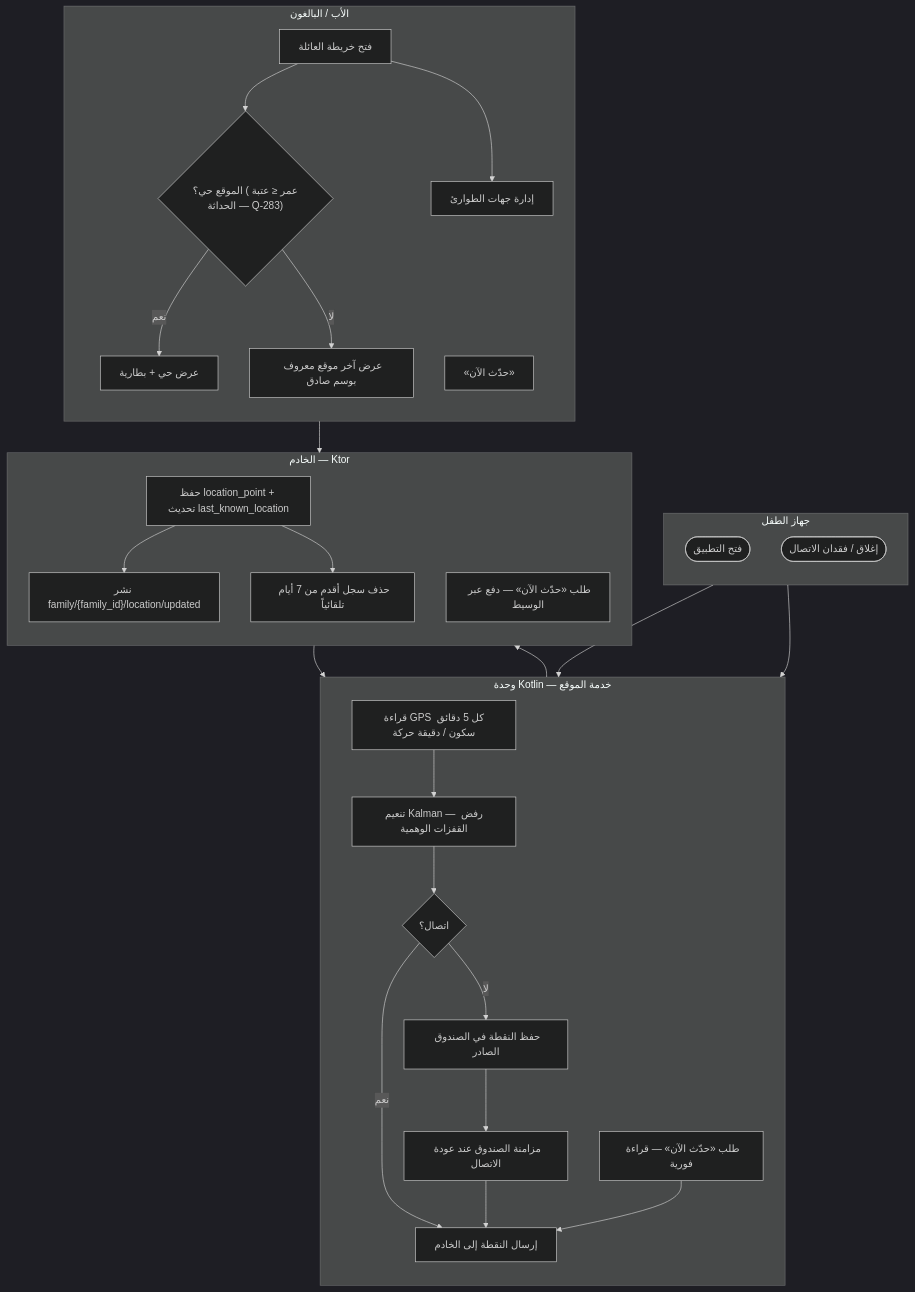
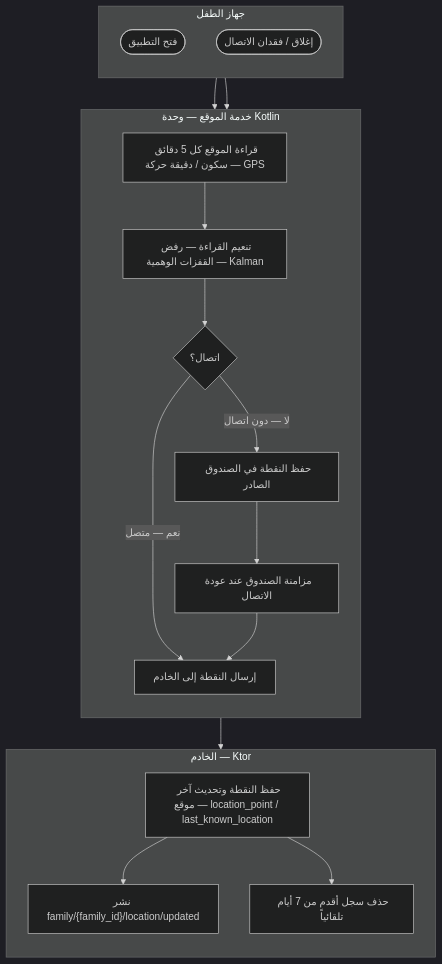
Before and after one commit to Bassam-mohammed-alqaeadi/family-os-v2: diagram 28 of 30 in docs/family-os/governance/phases/phase-1/S1-07-location-basic/DIAGRAMS.md, drawn with Mermaid (dark theme). The commit also changed other lines of this file, not shown here.

````diff
--- a/docs/family-os/governance/phases/phase-1/S1-07-location-basic/DIAGRAMS.md
+++ b/docs/family-os/governance/phases/phase-1/S1-07-location-basic/DIAGRAMS.md
@@ -780,53 +948,35 @@
 ```mermaid
 flowchart TD
     subgraph Device [جهاز الطفل]
         direction TB
         U1([فتح التطبيق])
         U4([إغلاق / فقدان الاتصال])
     end
-    subgraph Kotlin [وحدة Kotlin — خدمة الموقع]
+    subgraph Kotlin [خدمة الموقع — وحدة Kotlin]
         direction TB
-        K1[قراءة GPS كل 5 دقائق سكون / دقيقة حركة]
-        K2[تنعيم Kalman — رفض القفزات الوهمية]
+        K1[قراءة الموقع كل 5 دقائق سكون / دقيقة حركة — GPS]
+        K2[تنعيم القراءة — رفض القفزات الوهمية — Kalman]
         K3{اتصال؟}
         K4[إرسال النقطة إلى الخادم]
         K5[حفظ النقطة في الصندوق الصادر]
         K6[مزامنة الصندوق عند عودة الاتصال]
-        K8[طلب «حدّث الآن» — قراءة فورية]
     end
     subgraph Server [الخادم — Ktor]
         direction TB
-        V1[حفظ location_point + تحديث last_known_location]
+        V1[حفظ النقطة وتحديث آخر موقع — location_point / last_known_location]
         V2["نشر family/{family_id}/location/updated"]
         V4[حذف سجل أقدم من 7 أيام تلقائياً]
-        V7[طلب «حدّث الآن» — دفع عبر الوسيط]
-    end
-    subgraph Parent [الأب / البالغون]
-        direction TB
-        F1[فتح خريطة العائلة]
-        F2{"الموقع حي؟ (عمر ≤ عتبة الحداثة — Q-283)"}
-        F3[عرض حي + بطارية]
-        F4[عرض آخر موقع معروف بوسم صادق]
-        F7[إدارة جهات الطوارئ]
-        F8[«حدّث الآن»]
     end
 
     U1 --> K1
     K1 --> K2
     K2 --> K3
-    K3 -->|نعم| K4
-    K3 -->|لا| K5
+    K3 -->|نعم — متصل| K4
+    K3 -->|لا — دون اتصال| K5
     K4 --> V1
     V1 --> V2
     K5 --> K6
     K6 --> K4
     V1 --> V4
     U4 --> K5
-    F8 --> V7
-    V7 --> K8
-    K8 --> K4
-    F1 --> F2
-    F2 -->|نعم| F3
-    F2 -->|لا| F4
-    F1 --> F7
 ```
````
